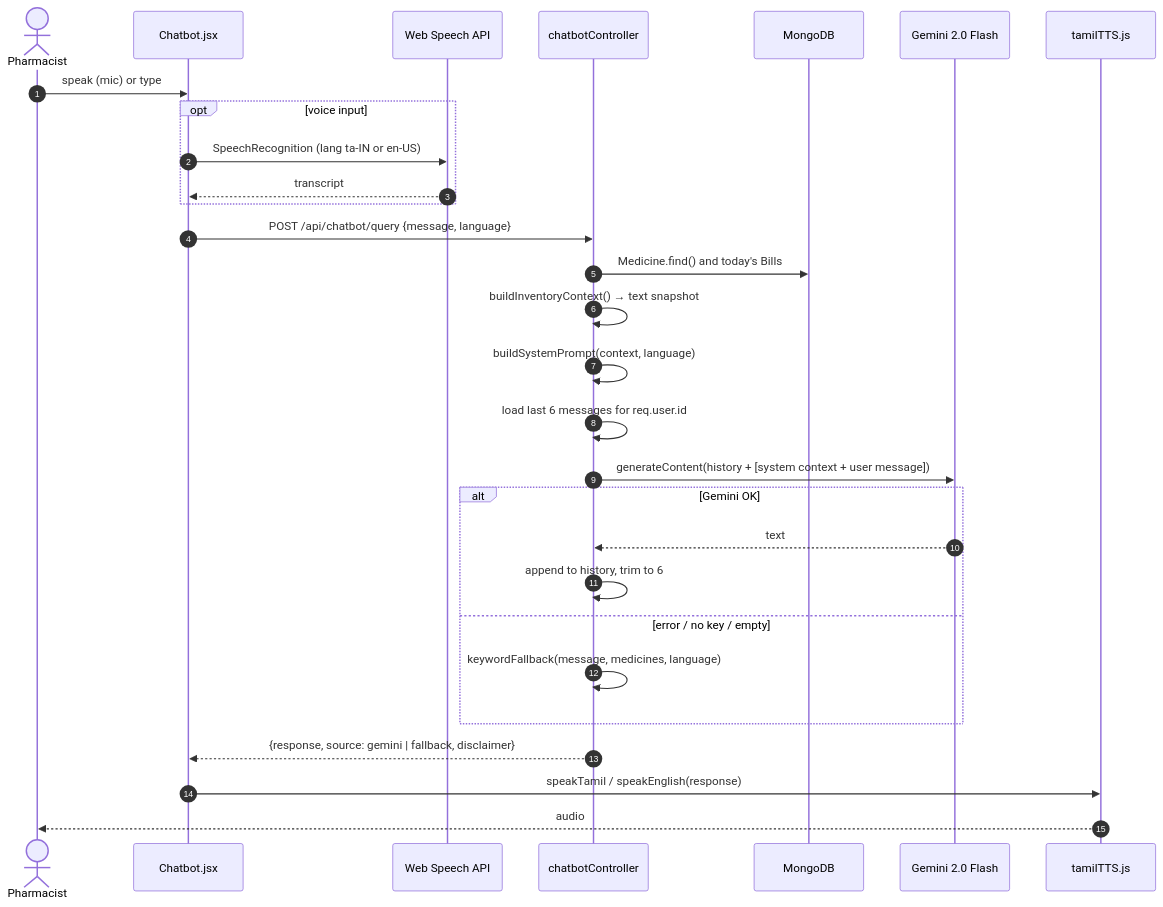
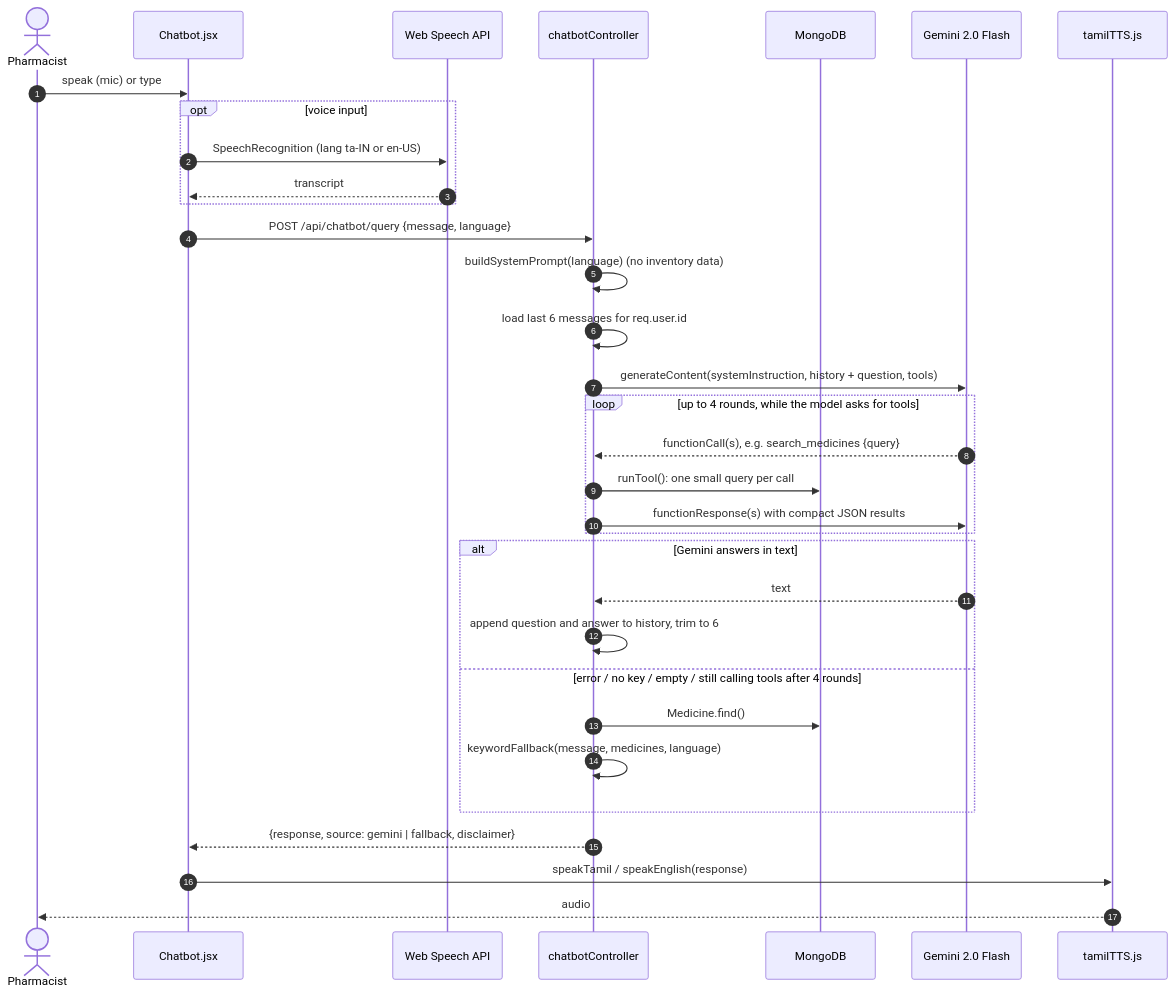
The diagram in docs/chatbot.md (USER1043/MediStock_AI), drawn with Mermaid before and after one commit. The commit also changed other lines of this file and 5 other files, not shown here.

First line of the commit message:
feat(chatbot): look up inventory with tool calls instead of sending all of it

````diff
--- a/docs/chatbot.md
+++ b/docs/chatbot.md
@@ -9,32 +9,36 @@
 ```mermaid
 sequenceDiagram
     autonumber
     actor U as Pharmacist
     participant W as Chatbot.jsx
     participant STT as Web Speech API
     participant API as chatbotController
     participant DB as MongoDB
     participant G as Gemini 2.0 Flash
     participant TTS as tamilTTS.js
 
     U->>W: speak (mic) or type
     opt voice input
         W->>STT: SpeechRecognition (lang ta-IN or en-US)
         STT-->>W: transcript
     end
     W->>API: POST /api/chatbot/query {message, language}
-    API->>DB: Medicine.find() and today's Bills
-    API->>API: buildInventoryContext() → text snapshot
-    API->>API: buildSystemPrompt(context, language)
+    API->>API: buildSystemPrompt(language) (no inventory data)
     API->>API: load last 6 messages for req.user.id
-    API->>G: generateContent(history + [system context + user message])
-    alt Gemini OK
+    API->>G: generateContent(systemInstruction, history + question, tools)
+    loop up to 4 rounds, while the model asks for tools
+        G-->>API: functionCall(s), e.g. search_medicines {query}
+        API->>DB: runTool(): one small query per call
+        API->>G: functionResponse(s) with compact JSON results
+    end
+    alt Gemini answers in text
         G-->>API: text
-        API->>API: append to history, trim to 6
-    else error / no key / empty
+        API->>API: append question and answer to history, trim to 6
+    else error / no key / empty / still calling tools after 4 rounds
+        API->>DB: Medicine.find()
         API->>API: keywordFallback(message, medicines, language)
     end
     API-->>W: {response, source: gemini | fallback, disclaimer}
     W->>TTS: speakTamil / speakEnglish(response)
     TTS-->>U: audio
 ```
````
